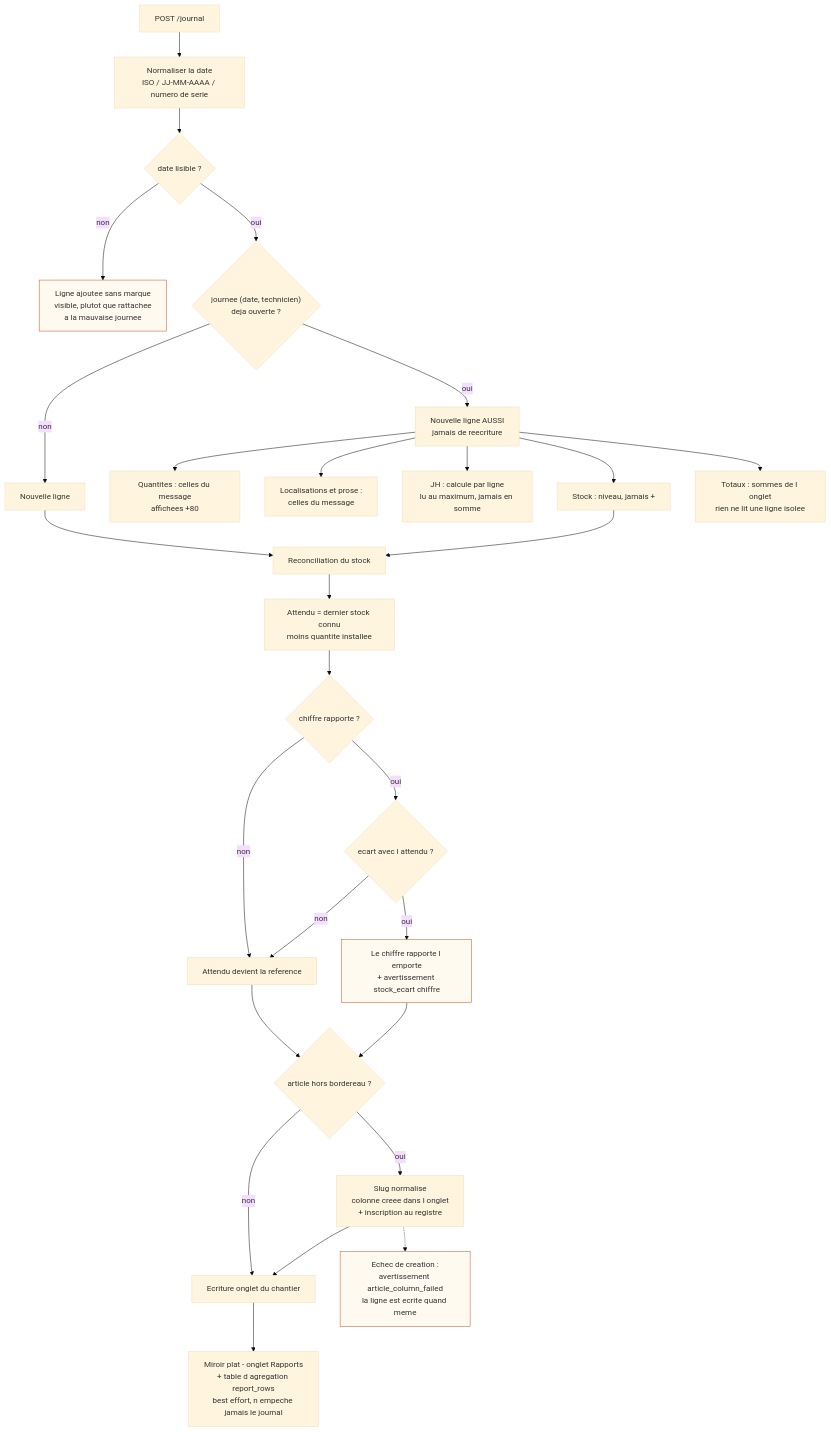
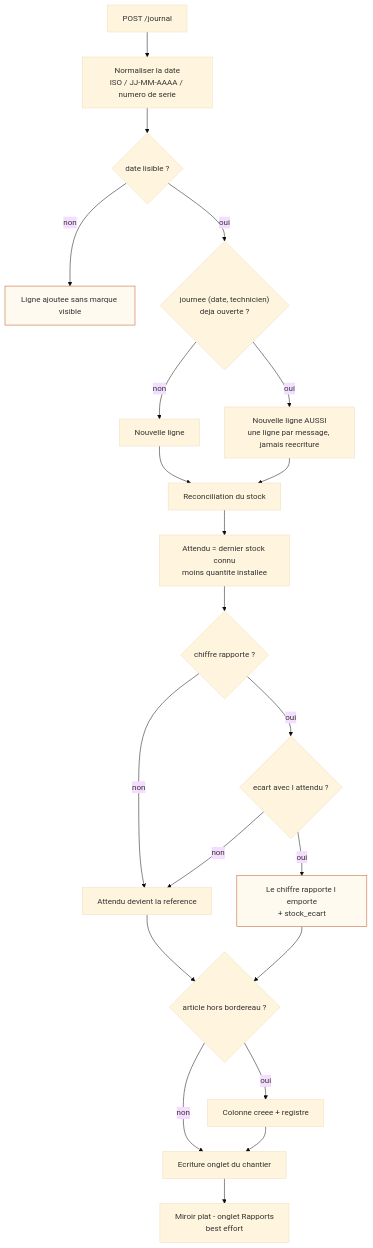
The diagram in Pres+report/diagrams/05-journal-merge.mmd (yassine808/PFE-aznet), drawn with Mermaid (base theme) before and after one commit. The commit also changed 11 other files, not shown here.

First line of the commit message:
docs(rapport): fix diagram inaccuracies across 6 figures

```diff
--- a/Pres+report/diagrams/05-journal-merge.mmd
+++ b/Pres+report/diagrams/05-journal-merge.mmd
@@ -1,36 +1,29 @@
 flowchart TD
     A["POST /journal"] --> B["Normaliser la date<br/>ISO / JJ-MM-AAAA / numero de serie"]
     B --> C{"date lisible ?"}
-    C -- non --> APP["Ligne ajoutee sans marque<br/>visible, plutot que rattachee<br/>a la mauvaise journee"]
+    C -- non --> APP["Ligne ajoutee sans marque visible"]
     C -- oui --> D{"journee (date, technicien)<br/>deja ouverte ?"}
 
     D -- non --> NEW["Nouvelle ligne"]
-    D -- oui --> ADD["Nouvelle ligne AUSSI<br/>jamais de reecriture"]
-
-    ADD --> M1["Quantites : celles du message<br/>affichees +80"]
-    ADD --> M2["Localisations et prose :<br/>celles du message"]
-    ADD --> M3["JH : calcule par ligne<br/>lu au maximum, jamais en somme"]
-    ADD --> M4["Stock : niveau, jamais +"]
-    ADD --> M5["Totaux : sommes de l onglet<br/>rien ne lit une ligne isolee"]
+    D -- oui --> ADD["Nouvelle ligne AUSSI<br/>une ligne par message, jamais reecriture"]
 
     NEW --> S["Reconciliation du stock"]
-    M4 --> S
+    ADD --> S
 
     S --> S1["Attendu = dernier stock connu<br/>moins quantite installee"]
     S1 --> S2{"chiffre rapporte ?"}
     S2 -- non --> S3["Attendu devient la reference"]
     S2 -- oui --> S4{"ecart avec l attendu ?"}
     S4 -- non --> S3
-    S4 -- oui --> S5["Le chiffre rapporte l emporte<br/>+ avertissement stock_ecart chiffre"]
+    S4 -- oui --> S5["Le chiffre rapporte l emporte<br/>+ stock_ecart"]
 
     S3 --> ART{"article hors bordereau ?"}
     S5 --> ART
-    ART -- oui --> COL["Slug normalise<br/>colonne creee dans l onglet<br/>+ inscription au registre"]
+    ART -- oui --> COL["Colonne creee + registre"]
     ART -- non --> W
     COL --> W["Ecriture onglet du chantier"]
-    COL -.-> CW["Echec de creation :<br/>avertissement article_column_failed<br/>la ligne est ecrite quand meme"]
 
-    W --> MIR["Miroir plat - onglet Rapports<br/>+ table d agregation report_rows<br/>best effort, n empeche jamais le journal"]
+    W --> MIR["Miroir plat - onglet Rapports<br/>best effort"]
 
     classDef warn fill:#fffaf0,stroke:#c05621
-    class S5,APP,CW warn
+    class S5,APP warn
```
